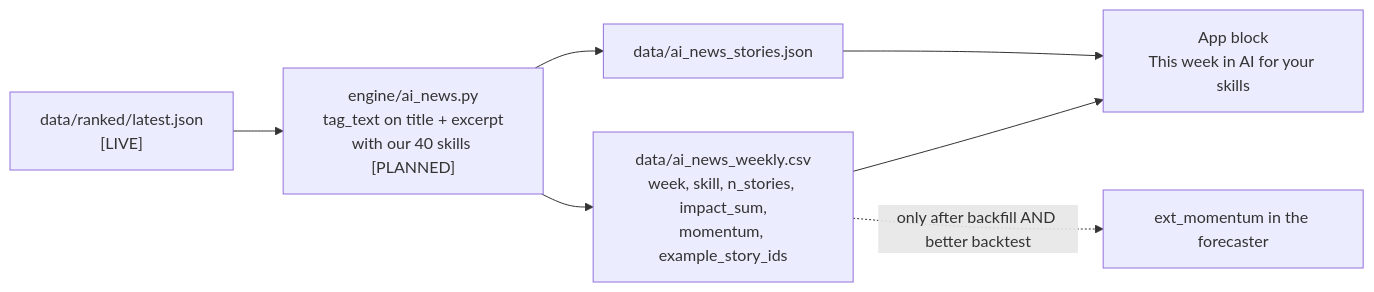
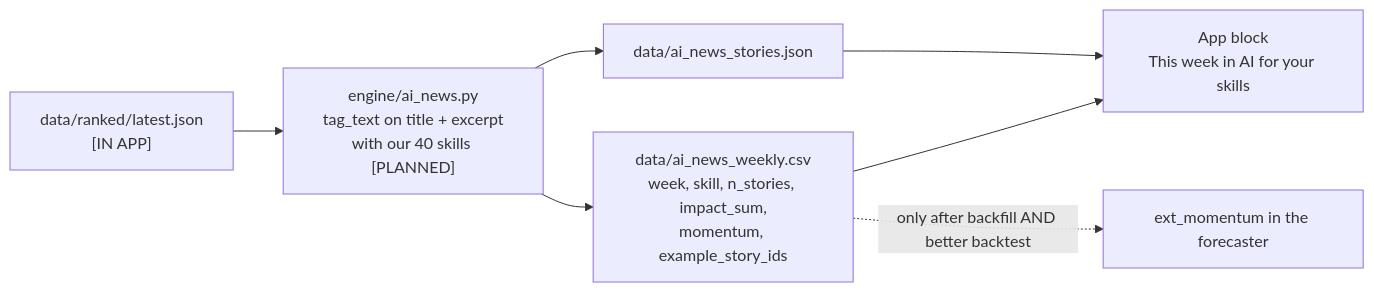
Before and after one commit to TayEeZhan/varity: the sixth of 9 diagrams in docs/architecture.md, drawn with Mermaid. The commit also changed other lines of this file and 14 other files, not shown here.

````diff
--- a/docs/architecture.md
+++ b/docs/architecture.md
@@ -363,9 +369,9 @@
 ```mermaid
 flowchart LR
-    RJ["data/ranked/latest.json<br/>[LIVE]"] --> AN["engine/ai_news.py<br/>tag_text on title + excerpt<br/>with our 40 skills [PLANNED]"]
+    RJ["data/ranked/latest.json<br/>[IN APP]"] --> AN["engine/ai_news.py<br/>tag_text on title + excerpt<br/>with our 40 skills [PLANNED]"]
     AN --> W["data/ai_news_weekly.csv<br/>week, skill, n_stories, impact_sum,<br/>momentum, example_story_ids"]
     AN --> ST["data/ai_news_stories.json"]
     W --> UI["App block<br/>This week in AI for your skills"]
     ST --> UI
     W -. "only after backfill AND better backtest" .-> EXT["ext_momentum in the forecaster"]
 ```
````
